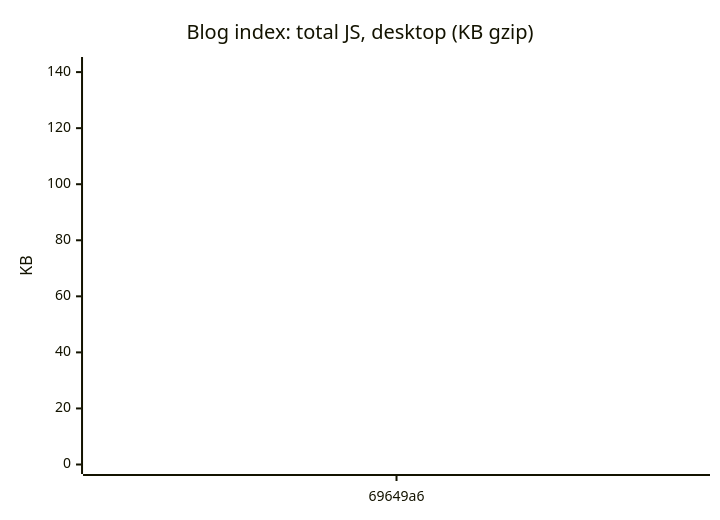
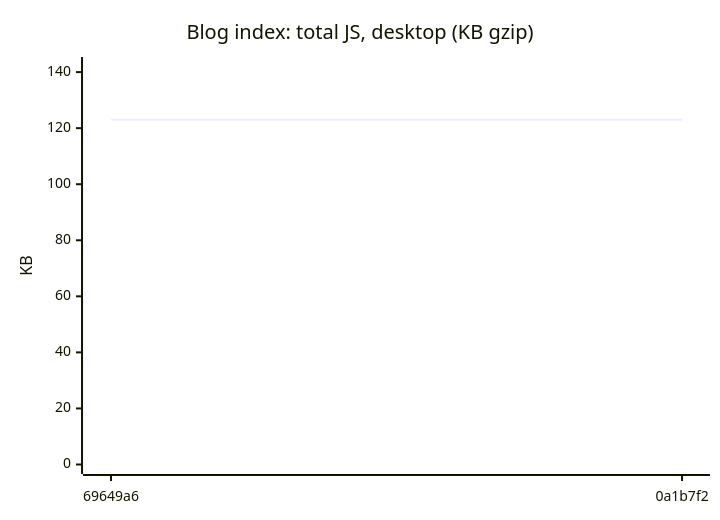
One commit to AxelUser/maltsev.space changed the third of 18 diagrams in README.md. Above: the diagram before and after it, drawn with Mermaid. The commit also changed other lines of this file and 1 other file, not shown here.

````diff
--- a/README.md
+++ b/README.md
@@ -53,7 +53,7 @@
 ```mermaid
 xychart-beta
   title "Blog index: total JS, desktop (KB gzip)"
-  x-axis ["69649a6"]
+  x-axis ["69649a6", "0a1b7f2"]
   y-axis "KB" 0 --> 142
-  line [123]
+  line [123, 123]
 ```
````
